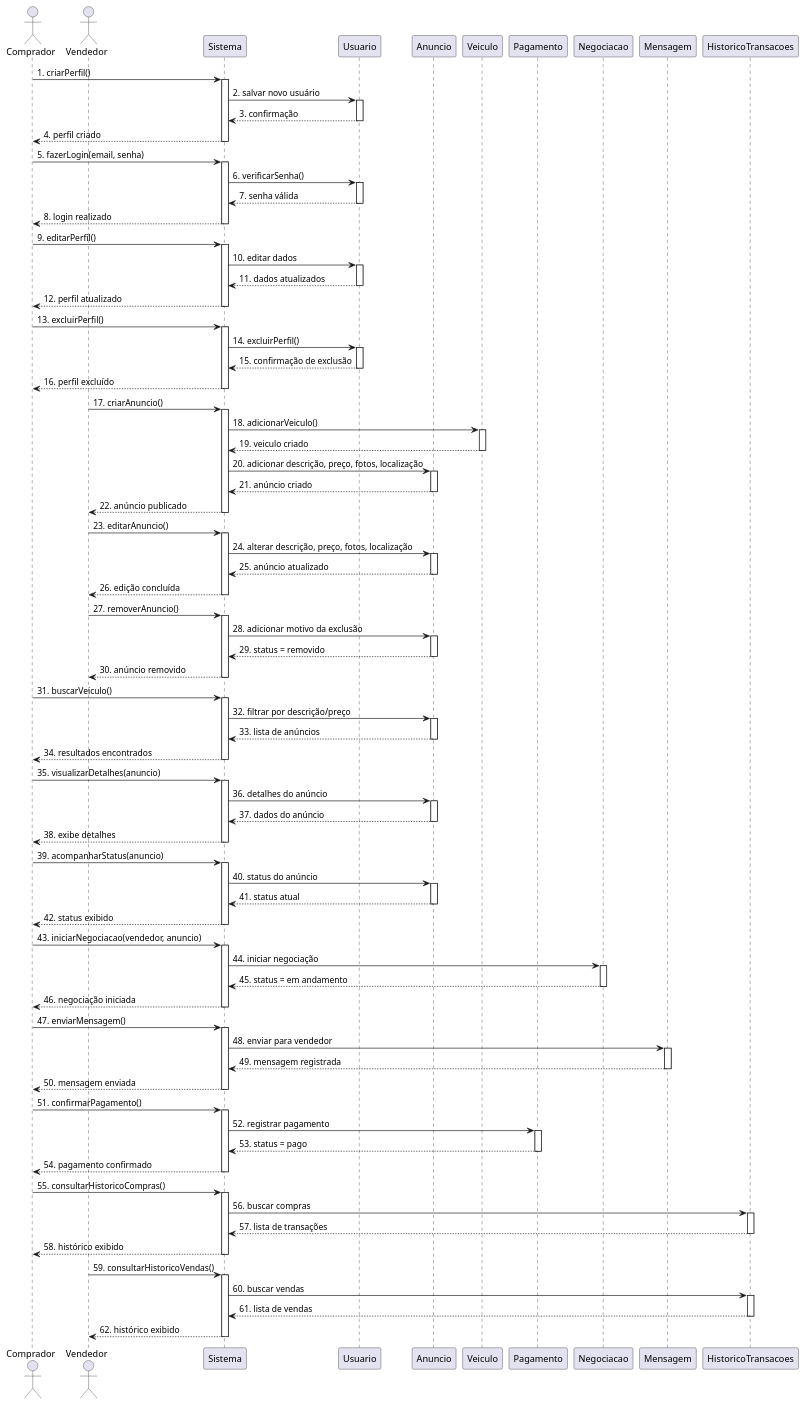
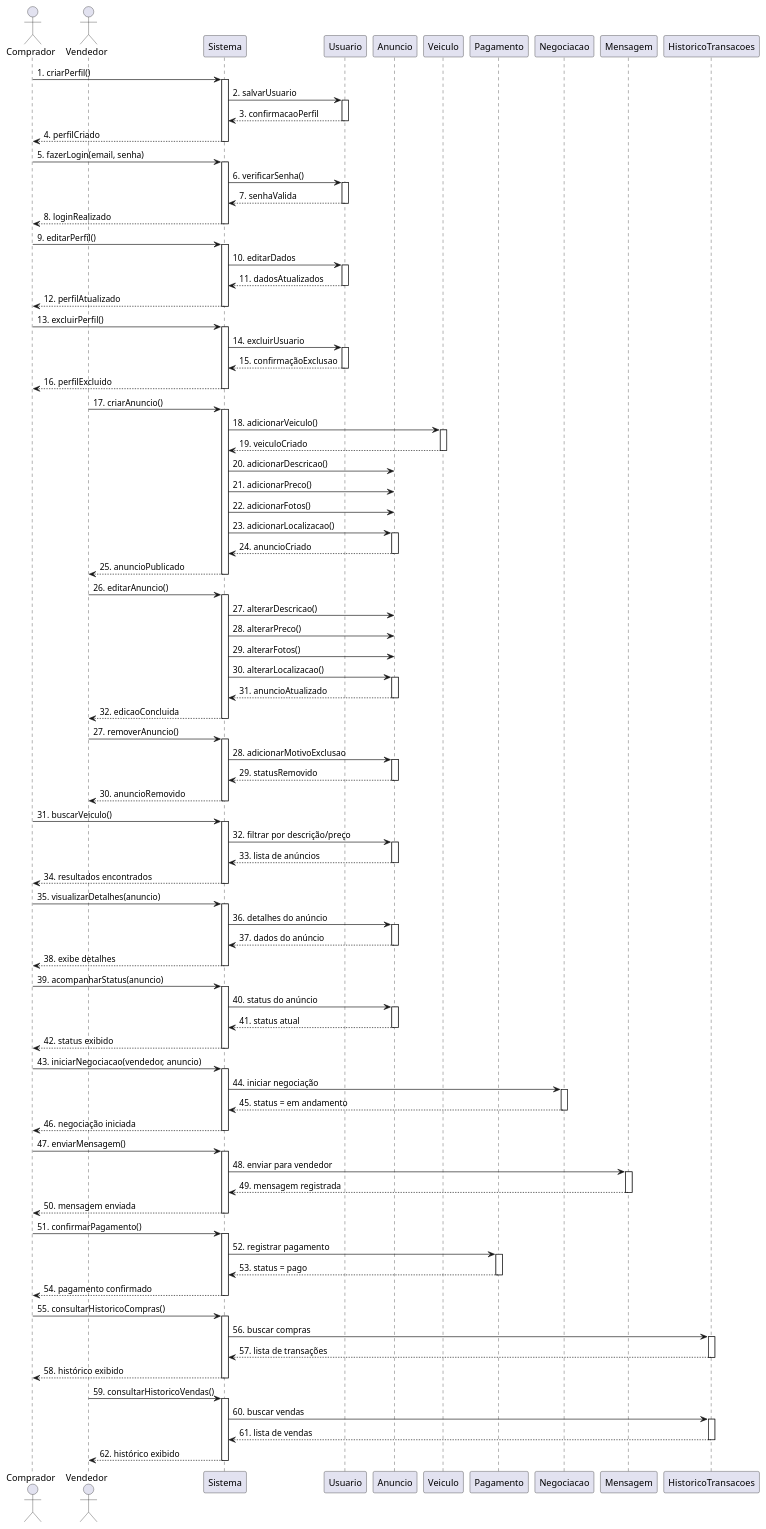
One commit to guilhermeoliveirateo/sistema-compra-venda-veiculos changed the diagram in diagramas_sequencia_uc_sistema.md. Above: the diagram before and after it, drawn with PlantUML.

```diff
--- a/diagramas_sequencia_uc_sistema.md
+++ b/diagramas_sequencia_uc_sistema.md
@@ -22,69 +22,75 @@
 
 Comprador -> Sistema : 1. criarPerfil()
 activate Sistema
-Sistema -> Usuario : 2. salvar novo usuário
+Sistema -> Usuario : 2. salvarUsuario
 activate Usuario
-Usuario --> Sistema : 3. confirmação
+Usuario --> Sistema : 3. confirmacaoPerfil
 deactivate Usuario
-Sistema --> Comprador : 4. perfil criado
+Sistema --> Comprador : 4. perfilCriado
 deactivate Sistema
 
 Comprador -> Sistema : 5. fazerLogin(email, senha)
 activate Sistema
 Sistema -> Usuario : 6. verificarSenha()
 activate Usuario
-Usuario --> Sistema : 7. senha válida
+Usuario --> Sistema : 7. senhaValida
 deactivate Usuario
-Sistema --> Comprador : 8. login realizado
+Sistema --> Comprador : 8. loginRealizado
 deactivate Sistema
 
 Comprador -> Sistema : 9. editarPerfil()
 activate Sistema
-Sistema -> Usuario : 10. editar dados
+Sistema -> Usuario : 10. editarDados
 activate Usuario
-Usuario --> Sistema : 11. dados atualizados
+Usuario --> Sistema : 11. dadosAtualizados
 deactivate Usuario
-Sistema --> Comprador : 12. perfil atualizado
+Sistema --> Comprador : 12. perfilAtualizado
 deactivate Sistema
 
 Comprador -> Sistema : 13. excluirPerfil()
 activate Sistema
-Sistema -> Usuario : 14. excluirPerfil()
+Sistema -> Usuario : 14. excluirUsuario
 activate Usuario
-Usuario --> Sistema : 15. confirmação de exclusão
+Usuario --> Sistema : 15. confirmaçãoExclusao
 deactivate Usuario
-Sistema --> Comprador : 16. perfil excluído
+Sistema --> Comprador : 16. perfilExcluido
 deactivate Sistema
 
 Vendedor -> Sistema : 17. criarAnuncio()
 activate Sistema
 Sistema -> Veiculo : 18. adicionarVeiculo()
 activate Veiculo
-Veiculo --> Sistema : 19. veiculo criado
+Veiculo --> Sistema : 19. veiculoCriado
 deactivate Veiculo
-Sistema -> Anuncio : 20. adicionar descrição, preço, fotos, localização
+Sistema -> Anuncio : 20. adicionarDescricao()
+Sistema -> Anuncio : 21. adicionarPreco()
+Sistema -> Anuncio : 22. adicionarFotos()
+Sistema -> Anuncio : 23. adicionarLocalizacao()
 activate Anuncio
-Anuncio --> Sistema : 21. anúncio criado
+Anuncio --> Sistema : 24. anuncioCriado
 deactivate Anuncio
-Sistema --> Vendedor : 22. anúncio publicado
+Sistema --> Vendedor : 25. anuncioPublicado
 deactivate Sistema
 
-Vendedor -> Sistema : 23. editarAnuncio()
+Vendedor -> Sistema : 26. editarAnuncio()
 activate Sistema
-Sistema -> Anuncio : 24. alterar descrição, preço, fotos, localização
+Sistema -> Anuncio : 27. alterarDescricao()
+Sistema -> Anuncio : 28. alterarPreco()
+Sistema -> Anuncio : 29. alterarFotos()
+Sistema -> Anuncio : 30. alterarLocalizacao()
 activate Anuncio
-Anuncio --> Sistema : 25. anúncio atualizado
+Anuncio --> Sistema : 31. anuncioAtualizado
 deactivate Anuncio
-Sistema --> Vendedor : 26. edição concluída
+Sistema --> Vendedor : 32. edicaoConcluida
 deactivate Sistema
 
 Vendedor -> Sistema : 27. removerAnuncio()
 activate Sistema
-Sistema -> Anuncio : 28. adicionar motivo da exclusão
+Sistema -> Anuncio : 28. adicionarMotivoExclusao
 activate Anuncio
-Anuncio --> Sistema : 29. status = removido
+Anuncio --> Sistema : 29. statusRemovido
 deactivate Anuncio
-Sistema --> Vendedor : 30. anúncio removido
+Sistema --> Vendedor : 30. anuncioRemovido
 deactivate Sistema
 
 Comprador -> Sistema : 31. buscarVeiculo()
```
